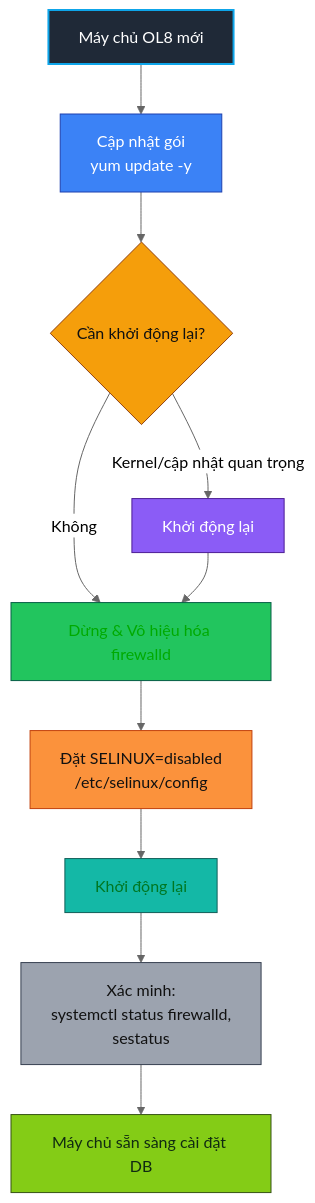
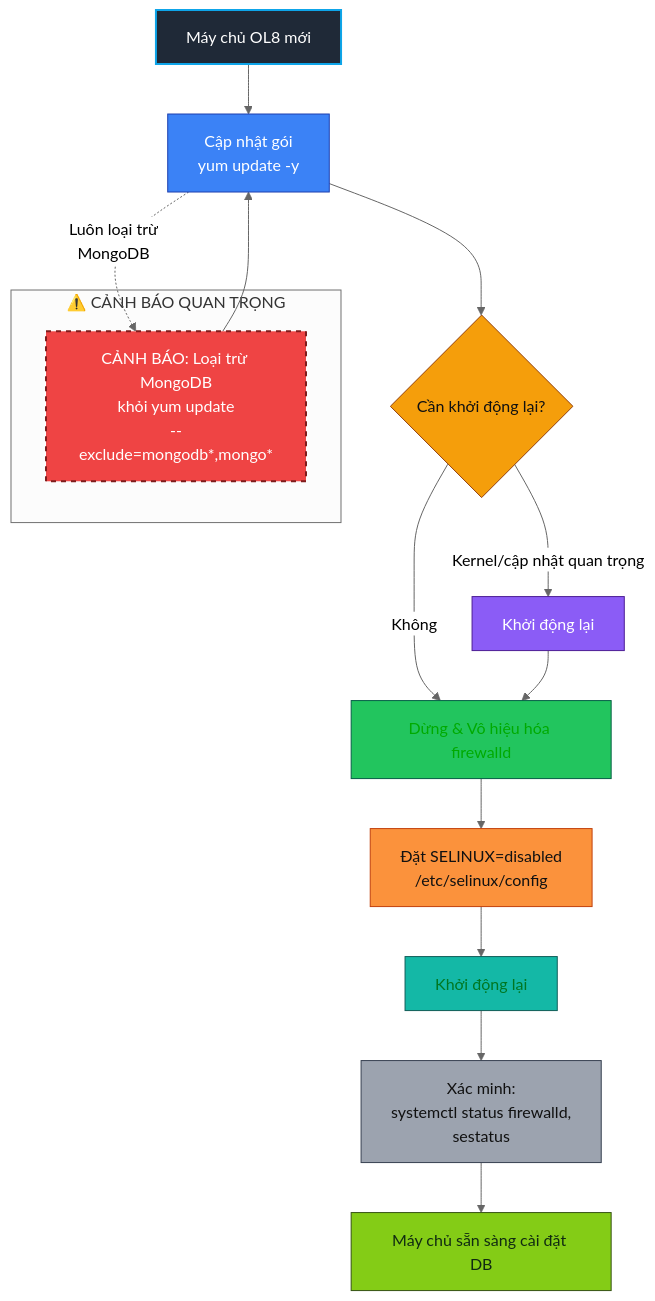
Before and after one commit to ngockhanhvd2812/DBA: the first of 6 diagrams in DB/pre-db-install-checklist-vi.md, drawn with Mermaid (neutral theme). The commit also changed other lines of this file and 1 other file, not shown here.

````diff
--- a/DB/pre-db-install-checklist-vi.md
+++ b/DB/pre-db-install-checklist-vi.md
@@ -9,22 +9,30 @@
 ```mermaid
 flowchart TD
     A[Máy chủ OL8 mới]:::start --> B[Cập nhật gói<br/>yum update -y]:::blue
     B --> C{Cần khởi động lại?}:::amber
     C -->|Kernel/cập nhật quan trọng| D[Khởi động lại]:::purple
     C -->|Không| E[Dừng & Vô hiệu hóa firewalld]:::green
     D --> E
     E --> F[Đặt SELINUX=disabled<br/>/etc/selinux/config]:::orange
     F --> G[Khởi động lại]:::teal
     G --> H[Xác minh:<br/>systemctl status firewalld,<br/>sestatus]:::gray
     H --> I[Máy chủ sẵn sàng cài đặt DB]:::success
+    
+    subgraph WARNINGS["⚠️ CẢNH BÁO QUAN TRỌNG"]
+        W1[CẢNH BÁO: Loại trừ MongoDB<br/>khỏi yum update<br/>--exclude=mongodb*,mongo*]:::warning
+    end
+    
+    B -.->|Luôn loại trừ<br/>MongoDB| W1
+    W1 --> B
 
     classDef start fill:#1f2937,color:#fff,stroke:#0ea5e9,stroke-width:2px;
     classDef blue fill:#3b82f6,color:#fff,stroke:#1e40af;
     classDef amber fill:#f59e0b,color:#111,stroke:#92400e;
     classDef purple fill:#8b5cf6,color:#fff,stroke:#4c1d95;
     classDef green fill:#22c55e,color:#0a0,stroke:#065f46;
     classDef orange fill:#fb923c,color:#111,stroke:#c2410c;
     classDef teal fill:#14b8a6,color:#072,stroke:#115e59;
     classDef gray fill:#9ca3af,color:#111,stroke:#374151;
     classDef success fill:#84cc16,color:#102a12,stroke:#365314;
+    classDef warning fill:#ef4444,color:#fff,stroke:#7f1d1d,stroke-width:2px,stroke-dasharray: 5 5;
 ```
````
